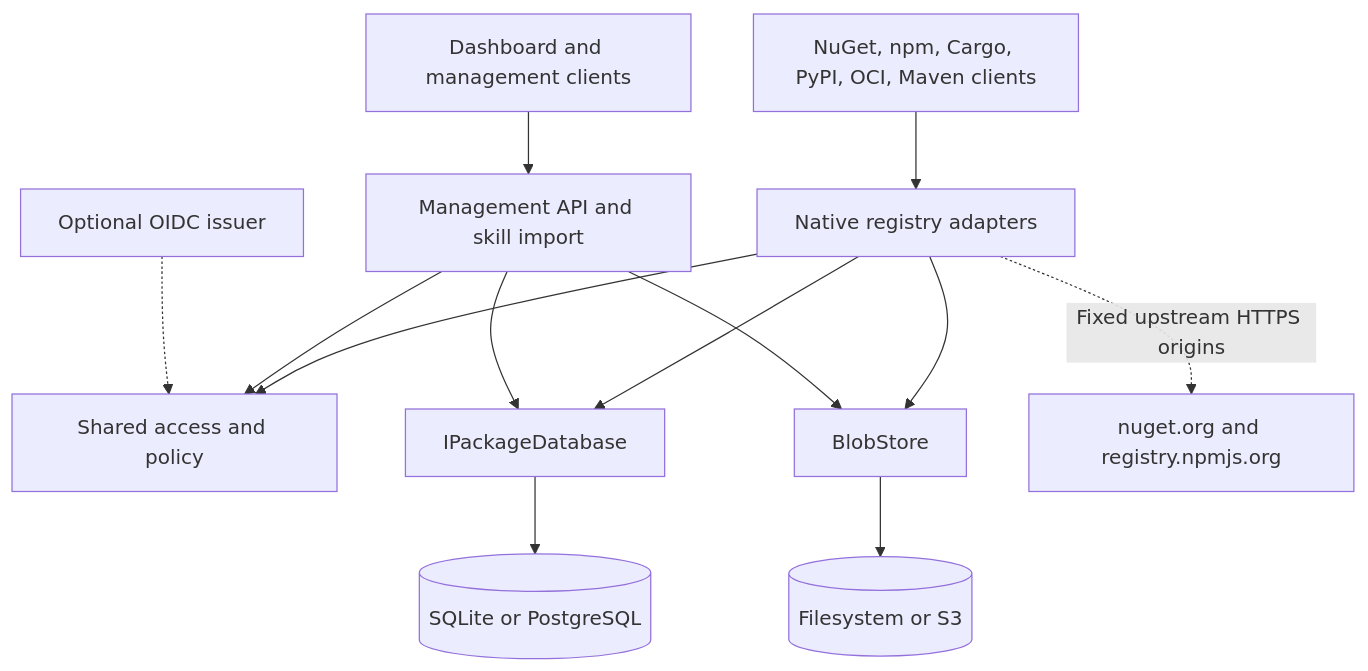
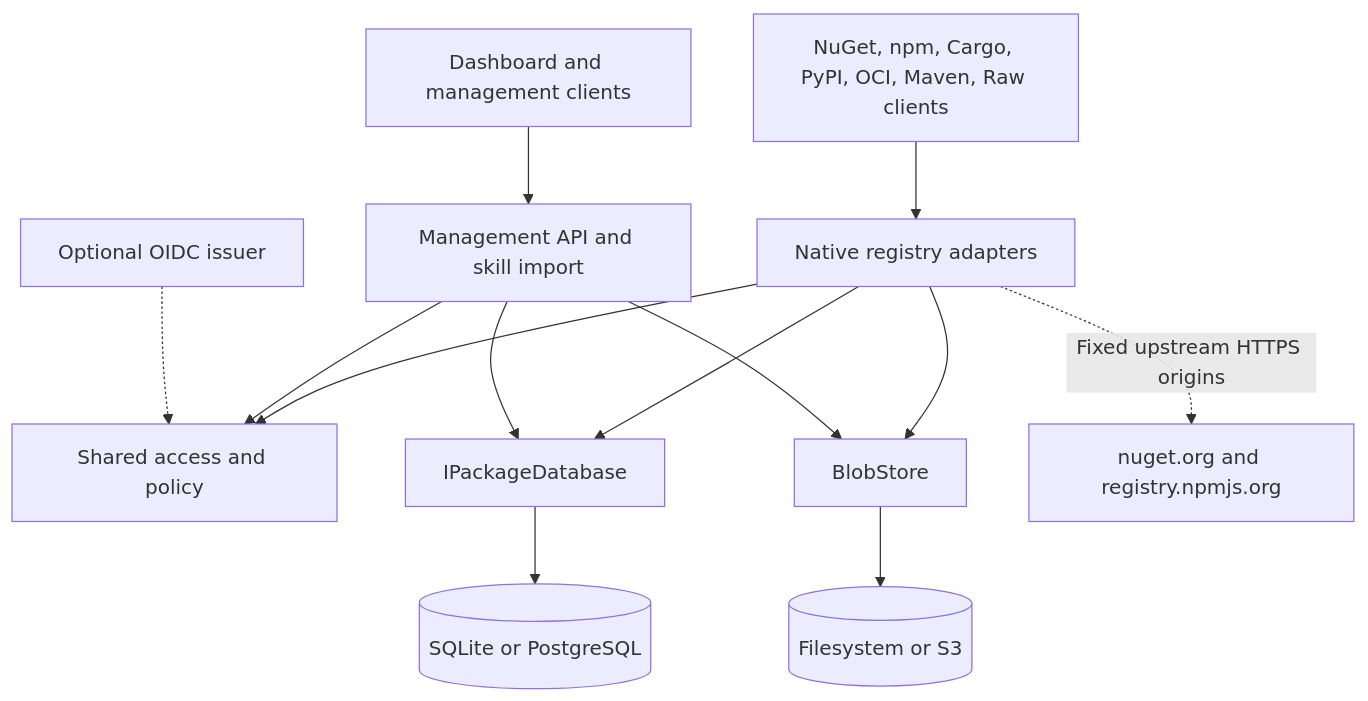
One commit to Cenn0/Packory changed the diagram in docs/architecture.md. Above: the diagram before and after it, drawn with Mermaid. The commit also changed other lines of this file and 11 other files, not shown here.

````diff
--- a/docs/architecture.md
+++ b/docs/architecture.md
@@ -11,15 +13,15 @@
 ```mermaid
 flowchart TB
-  C[NuGet, npm, Cargo, PyPI, OCI, Maven clients] --> A[Native registry adapters]
+  C[NuGet, npm, Cargo, PyPI, OCI, Maven, Raw clients] --> A[Native registry adapters]
   W[Dashboard and management clients] --> M[Management API and skill import]
   A --> P[Shared access and policy]
   M --> P
   I[Optional OIDC issuer] -.-> P
   A --> D[IPackageDatabase]
   M --> D
   D --> DB[(SQLite or PostgreSQL)]
   A --> S[BlobStore]
   M --> S
   S --> B[(Filesystem or S3)]
   A -.->|Fixed upstream HTTPS origins| U[nuget.org and registry.npmjs.org]
 ```
````
